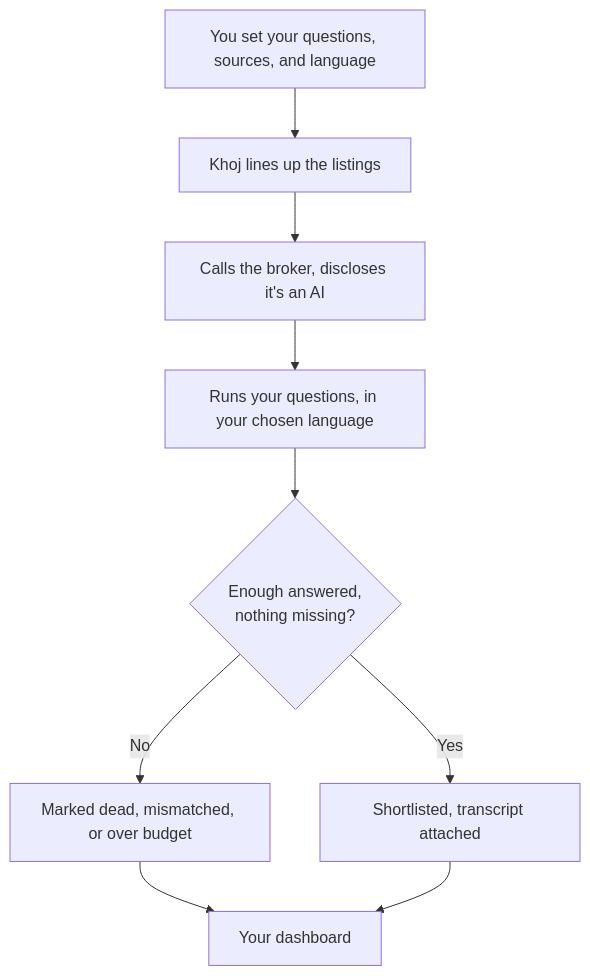
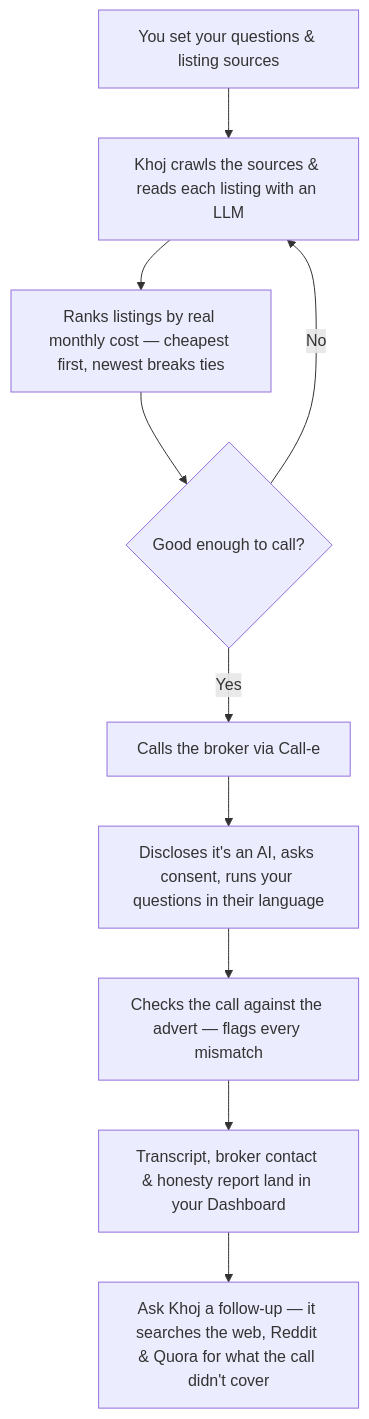
The diagram in README.md (manyamharshitha/KHOJ), drawn with Mermaid before and after one commit. The commit also changed other lines of this file, not shown here.

````diff
--- a/README.md
+++ b/README.md
@@ -21,11 +47,12 @@
 ```mermaid
 flowchart TD
-    A[You set your questions, sources, and language] --> B[Khoj lines up the listings]
-    B --> C[Calls the broker, discloses it's an AI]
-    C --> D[Runs your questions, in your chosen language]
-    D --> E{Enough answered,<br/>nothing missing?}
-    E -- No --> F[Marked dead, mismatched, or over budget]
-    E -- Yes --> G[Shortlisted, transcript attached]
-    F --> H[Your dashboard]
-    G --> H
+    A["You set your questions & listing sources"] --> B["Khoj crawls the sources & reads each listing with an LLM"]
+    B --> C["Ranks listings by real monthly cost — cheapest first, newest breaks ties"]
+    C --> D{"Good enough to call?"}
+    D -- "No" --> B
+    D -- "Yes" --> E["Calls the broker via Call-e"]
+    E --> F["Discloses it's an AI, asks consent, runs your questions in their language"]
+    F --> G["Checks the call against the advert — flags every mismatch"]
+    G --> H["Transcript, broker contact & honesty report land in your Dashboard"]
+    H --> I["Ask Khoj a follow-up — it searches the web, Reddit & Quora for what the call didn't cover"]
 ```
````
